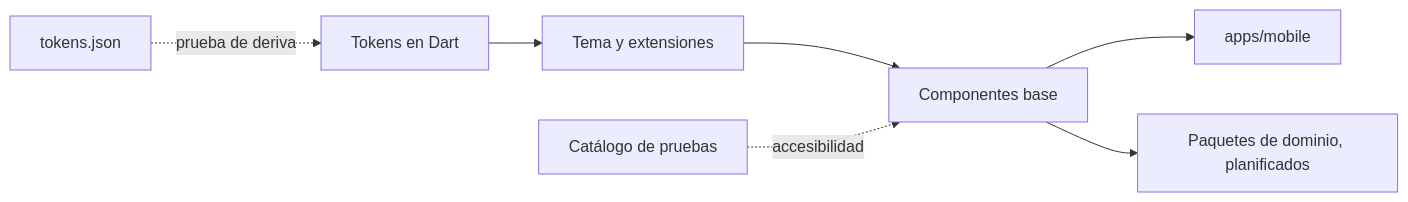
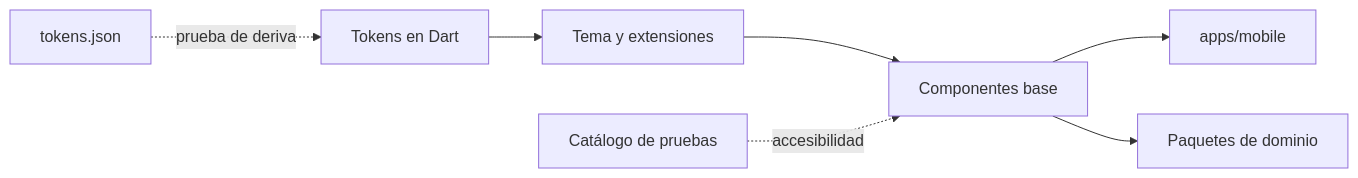
One commit to hveitia/flutter_senior_dev_challenge_bi changed the diagram in docs/adr/0007-sistema-de-diseno.md. Above: the diagram before and after it, drawn with Mermaid. The commit also changed 8 other files, not shown here.

````diff
--- a/docs/adr/0007-sistema-de-diseno.md
+++ b/docs/adr/0007-sistema-de-diseno.md
@@ -47,9 +47,9 @@
 ```mermaid
 flowchart LR
   ref[tokens.json] -. prueba de deriva .-> tokens[Tokens en Dart]
   tokens --> theme[Tema y extensiones]
   theme --> components[Componentes base]
   components --> app[apps/mobile]
-  components --> features[Paquetes de dominio, planificados]
+  components --> features[Paquetes de dominio]
   catalog[Catálogo de pruebas] -. accesibilidad .-> components
 ```
````
